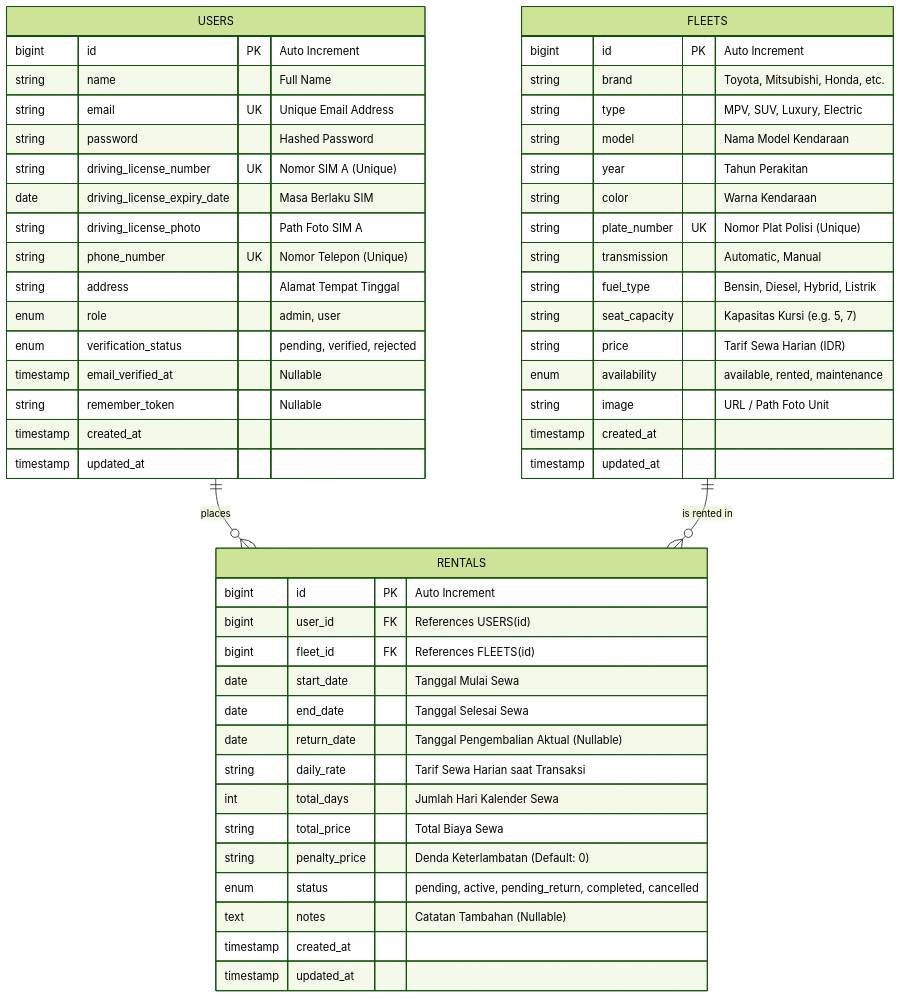
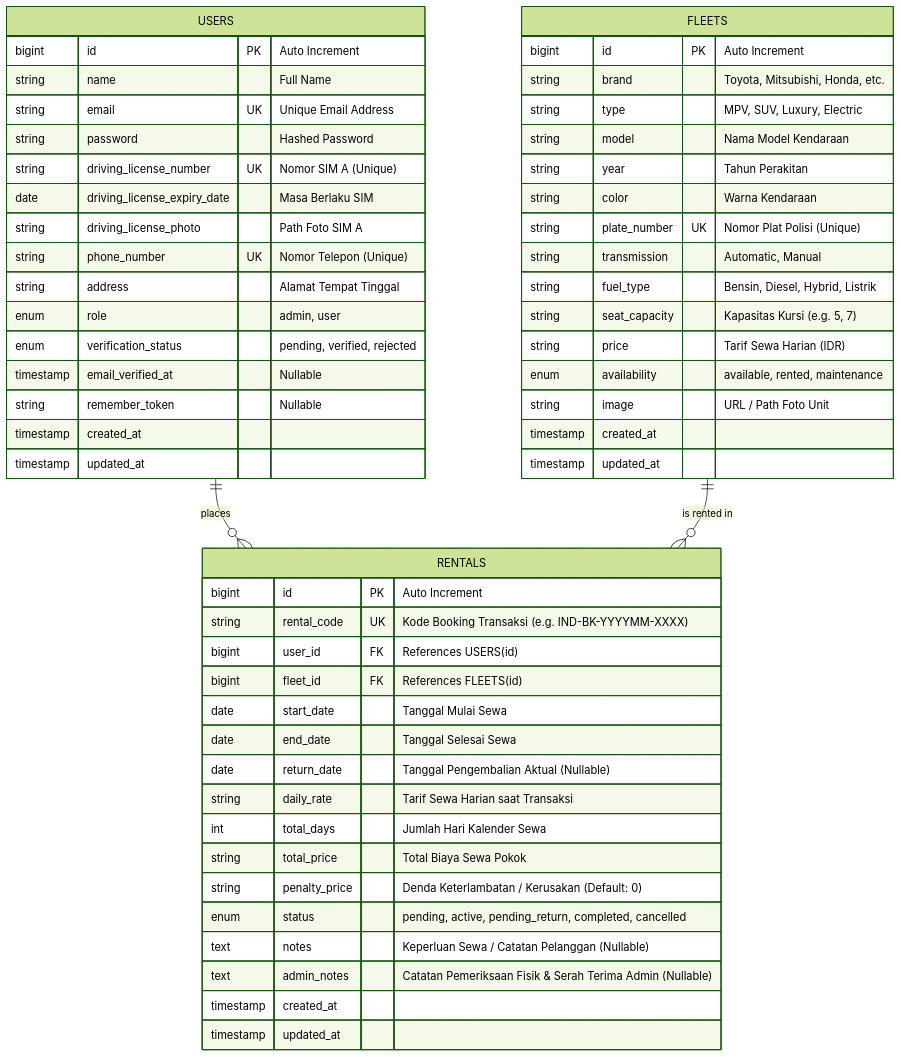
Before and after one commit to MF-Rozi/indrasari-rental-car-task: the first of 2 diagrams in docs/diagrams/erd.md, drawn with Mermaid (forest theme). The commit also changed other lines of this file and 2 other files, not shown here.

Commit message:
docs: update ERD and sequence diagrams to include rental_code, admin_notes, and detailed breakdown of penalty charges

````diff
--- a/docs/diagrams/erd.md
+++ b/docs/diagrams/erd.md
@@ -9,58 +9,60 @@
 ```mermaid
 erDiagram
     USERS ||--o{ RENTALS : "places"
     FLEETS ||--o{ RENTALS : "is rented in"
 
     USERS {
         bigint id PK "Auto Increment"
         string name "Full Name"
         string email UK "Unique Email Address"
         string password "Hashed Password"
         string driving_license_number UK "Nomor SIM A (Unique)"
         date driving_license_expiry_date "Masa Berlaku SIM"
         string driving_license_photo "Path Foto SIM A"
         string phone_number UK "Nomor Telepon (Unique)"
         string address "Alamat Tempat Tinggal"
         enum role "admin, user"
         enum verification_status "pending, verified, rejected"
         timestamp email_verified_at "Nullable"
         string remember_token "Nullable"
         timestamp created_at
         timestamp updated_at
     }
 
     FLEETS {
         bigint id PK "Auto Increment"
         string brand "Toyota, Mitsubishi, Honda, etc."
         string type "MPV, SUV, Luxury, Electric"
         string model "Nama Model Kendaraan"
         string year "Tahun Perakitan"
         string color "Warna Kendaraan"
         string plate_number UK "Nomor Plat Polisi (Unique)"
         string transmission "Automatic, Manual"
         string fuel_type "Bensin, Diesel, Hybrid, Listrik"
         string seat_capacity "Kapasitas Kursi (e.g. 5, 7)"
         string price "Tarif Sewa Harian (IDR)"
         enum availability "available, rented, maintenance"
         string image "URL / Path Foto Unit"
         timestamp created_at
         timestamp updated_at
     }
 
     RENTALS {
         bigint id PK "Auto Increment"
+        string rental_code UK "Kode Booking Transaksi (e.g. IND-BK-YYYYMM-XXXX)"
         bigint user_id FK "References USERS(id)"
         bigint fleet_id FK "References FLEETS(id)"
         date start_date "Tanggal Mulai Sewa"
         date end_date "Tanggal Selesai Sewa"
         date return_date "Tanggal Pengembalian Aktual (Nullable)"
         string daily_rate "Tarif Sewa Harian saat Transaksi"
         int total_days "Jumlah Hari Kalender Sewa"
-        string total_price "Total Biaya Sewa"
-        string penalty_price "Denda Keterlambatan (Default: 0)"
+        string total_price "Total Biaya Sewa Pokok"
+        string penalty_price "Denda Keterlambatan / Kerusakan (Default: 0)"
         enum status "pending, active, pending_return, completed, cancelled"
-        text notes "Catatan Tambahan (Nullable)"
+        text notes "Keperluan Sewa / Catatan Pelanggan (Nullable)"
+        text admin_notes "Catatan Pemeriksaan Fisik & Serah Terima Admin (Nullable)"
         timestamp created_at
         timestamp updated_at
     }
 ```
````
